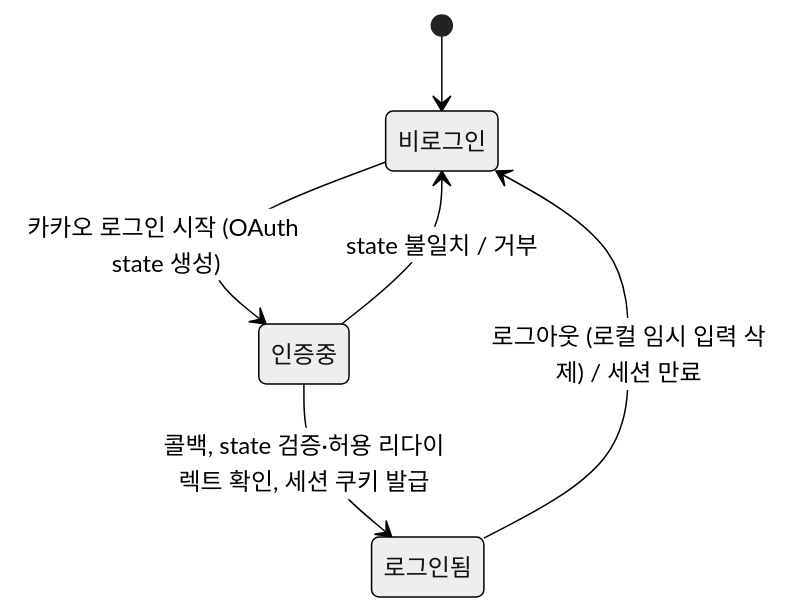
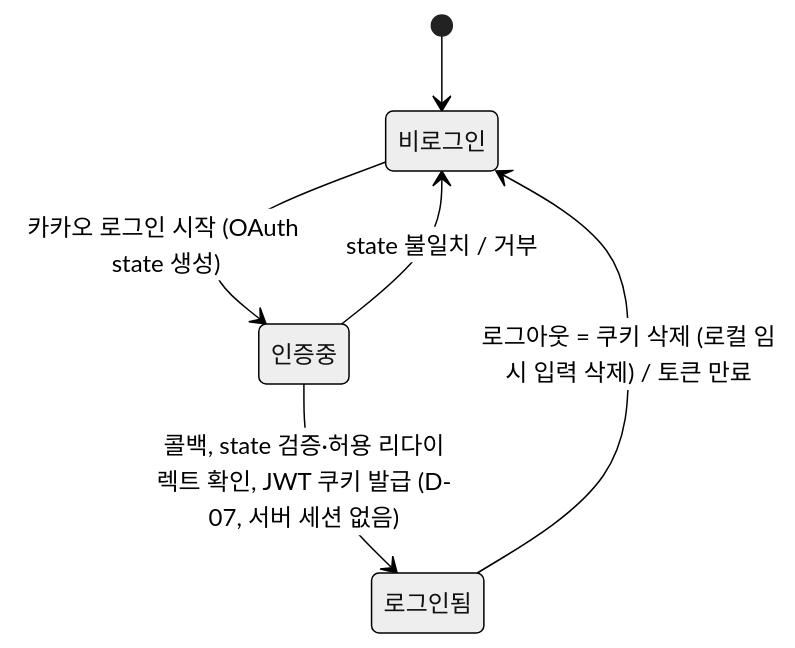
Before and after one commit to chaeseungyun/diet_management: the eighth of 9 diagrams in docs/state-transitions.md, drawn with Mermaid (neutral theme). The commit also changed other lines of this file and 6 other files, not shown here.

````diff
--- a/docs/state-transitions.md
+++ b/docs/state-transitions.md
@@ -182,8 +183,8 @@
 ```mermaid
 stateDiagram-v2
     [*] --> 비로그인
     비로그인 --> 인증중 : 카카오 로그인 시작 (OAuth state 생성)
-    인증중 --> 로그인됨 : 콜백, state 검증·허용 리다이렉트 확인, 세션 쿠키 발급
+    인증중 --> 로그인됨 : 콜백, state 검증·허용 리다이렉트 확인, JWT 쿠키 발급 (D-07, 서버 세션 없음)
     인증중 --> 비로그인 : state 불일치 / 거부
-    로그인됨 --> 비로그인 : 로그아웃 (로컬 임시 입력 삭제) / 세션 만료
+    로그인됨 --> 비로그인 : 로그아웃 = 쿠키 삭제 (로컬 임시 입력 삭제) / 토큰 만료
 ```
````
